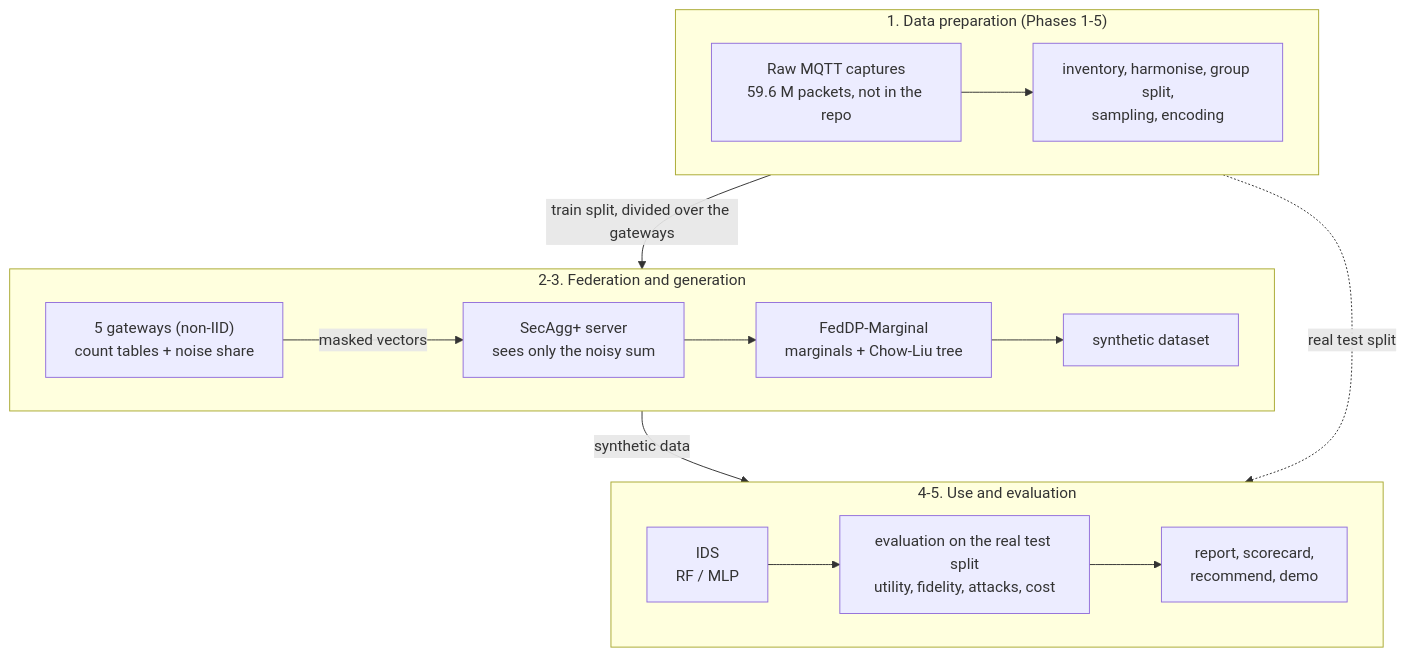
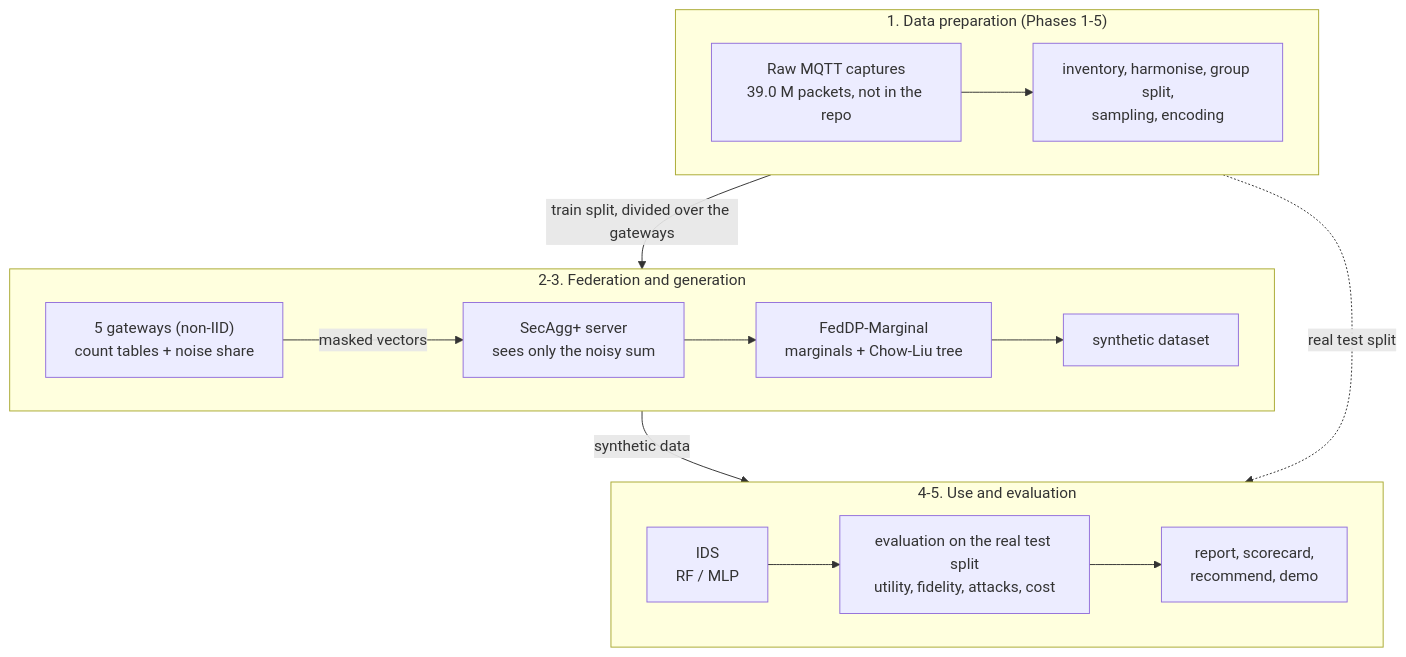
The diagram in README.md (Khanh1916/PP-FedData), drawn with Mermaid before and after one commit. The commit also changed other lines of this file and 93 other files, not shown here.

````diff
--- a/README.md
+++ b/README.md
@@ -21,18 +21,18 @@
 ```mermaid
 flowchart TB
   subgraph S1["1. Data preparation (Phases 1-5)"]
     direction LR
-    raw["Raw MQTT captures<br/>59.6 M packets, not in the repo"] --> prep["inventory, harmonise, group split,<br/>sampling, encoding"]
+    raw["Raw MQTT captures<br/>39.0 M packets, not in the repo"] --> prep["inventory, harmonise, group split,<br/>sampling, encoding"]
   end
   subgraph S2["2-3. Federation and generation"]
     direction LR
     gw["5 gateways (non-IID)<br/>count tables + noise share"] -->|"masked vectors"| sa["SecAgg+ server<br/>sees only the noisy sum"] --> gen["FedDP-Marginal<br/>marginals + Chow-Liu tree"] --> syn["synthetic dataset"]
   end
   subgraph S3["4-5. Use and evaluation"]
     direction LR
     ids["IDS<br/>RF / MLP"] --> ev["evaluation on the real test split<br/>utility, fidelity, attacks, cost"] --> out["report, scorecard,<br/>recommend, demo"]
   end
   S1 -->|"train split, divided over the gateways"| S2
   S2 -->|"synthetic data"| S3
   S1 -.->|"real test split"| S3
 ```
````
